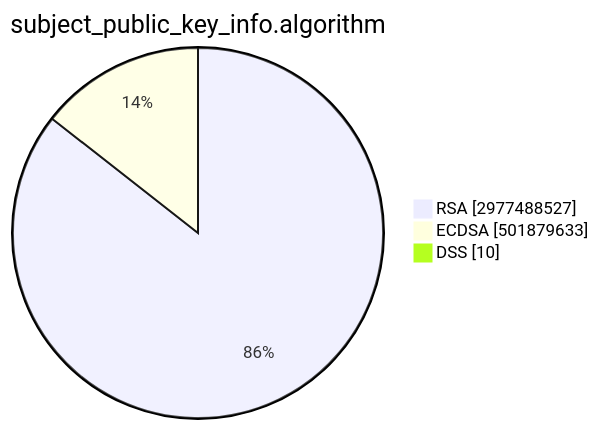
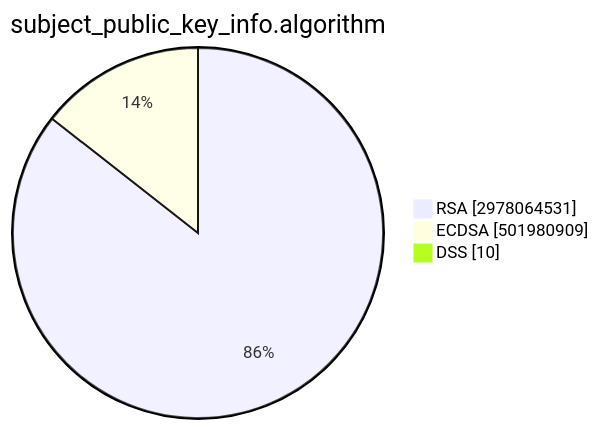
Before and after one commit to christiankrug/ctmonitor_visualization: the second of 15 diagrams in TOTAL/README.md, drawn with Mermaid. The commit also changed other lines of this file, not shown here.

````diff
--- a/TOTAL/README.md
+++ b/TOTAL/README.md
@@ -6,7 +6,7 @@
 ```mermaid
 pie showData
 title subject_public_key_info.algorithm
-"RSA" :2977488527
-"ECDSA" :501879633
+"RSA" :2978064531
+"ECDSA" :501980909
 "DSS" :10
 ```
````
